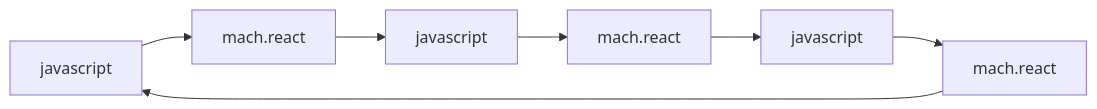
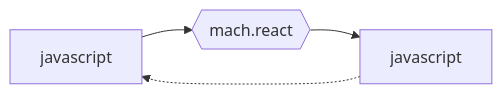
One commit to manuel-serrano/hiphop changed the diagram in README.md. Above: the diagram before and after it, drawn with Mermaid. The commit also changed other lines of this file, not shown here.

````diff
--- a/README.md
+++ b/README.md
@@ -108,9 +116,6 @@
 ```mermaid
 flowchart LR
-    A[javascript] --> B[mach.react]
+    A[javascript] --> B{{mach.react}}
     B --> C[javascript]
-    C --> D[mach.react]
-    D --> E[javascript]
-    E --> F[mach.react]
-    F --> A
+    C -.-> A
 ```
````
